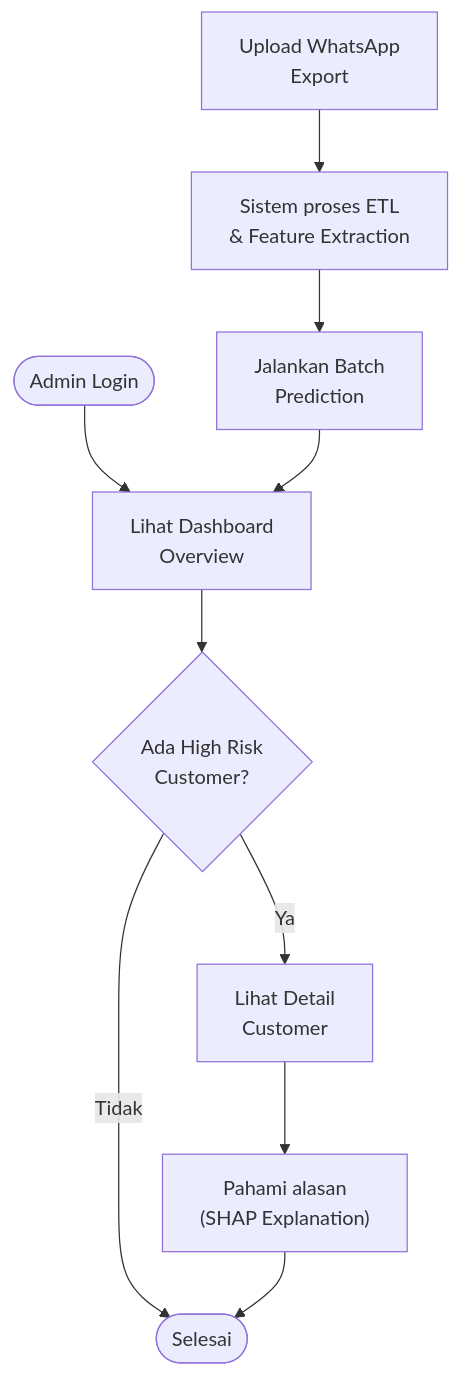
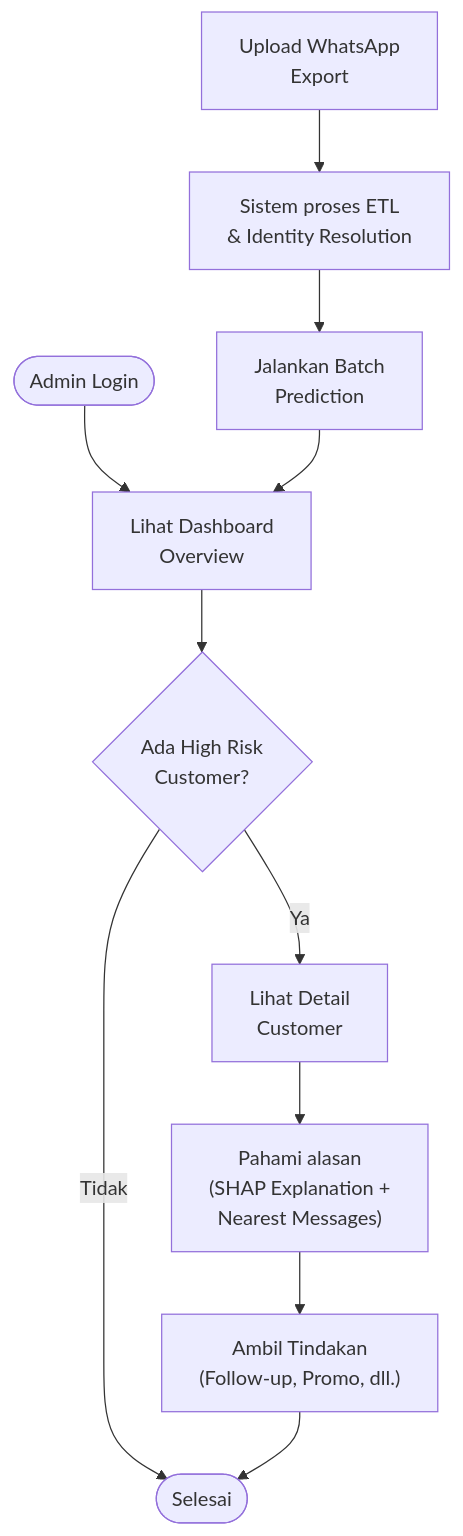
One commit to adamsafril19/Customer-Analitycs--Mamina- changed diagram 15 of 15 in DOKUMENTASI_SISTEM.md. Above: the diagram before and after it, drawn with Mermaid. The commit also changed other lines of this file and 21 other files, not shown here.

````diff
--- a/DOKUMENTASI_SISTEM.md
+++ b/DOKUMENTASI_SISTEM.md
@@ -686,30 +1007,33 @@
 ```mermaid
 flowchart TD
     START(["Admin Login"])
 
     UPLOAD["Upload WhatsApp<br/>Export"]
 
-    ETL_PROCESS["Sistem proses ETL<br/>& Feature Extraction"]
+    ETL_PROCESS["Sistem proses ETL<br/>& Identity Resolution"]
 
     PREDICT["Jalankan Batch<br/>Prediction"]
 
     VIEW_DASH["Lihat Dashboard<br/>Overview"]
 
     CHECK_RISK{"Ada High Risk<br/>Customer?"}
 
     VIEW_DETAIL["Lihat Detail<br/>Customer"]
 
-    UNDERSTAND["Pahami alasan<br/>(SHAP Explanation)"]
+    UNDERSTAND["Pahami alasan<br/>(SHAP Explanation +<br/>Nearest Messages)"]
+
+    ACTION["Ambil Tindakan<br/>(Follow-up, Promo, dll.)"]
 
     END(["Selesai"])
 
     START --> VIEW_DASH
     UPLOAD --> ETL_PROCESS
     ETL_PROCESS --> PREDICT
     PREDICT --> VIEW_DASH
     VIEW_DASH --> CHECK_RISK
     CHECK_RISK -->|Ya| VIEW_DETAIL
     CHECK_RISK -->|Tidak| END
     VIEW_DETAIL --> UNDERSTAND
-    UNDERSTAND --> END
+    UNDERSTAND --> ACTION
+    ACTION --> END
 ```
````
